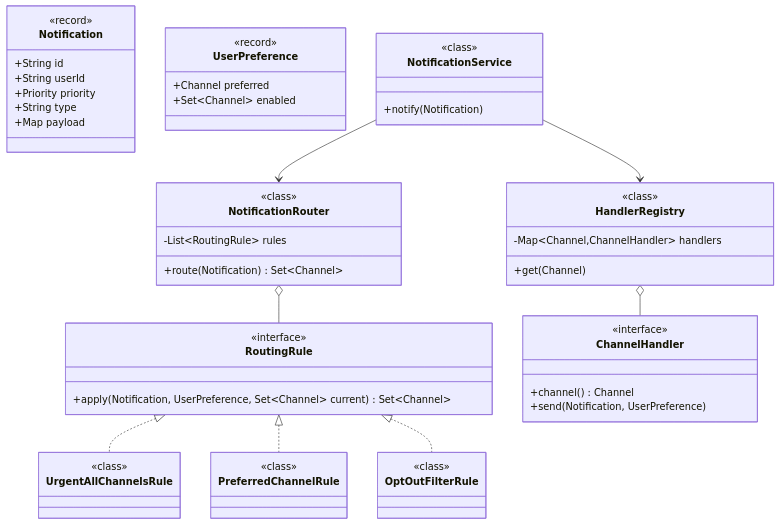
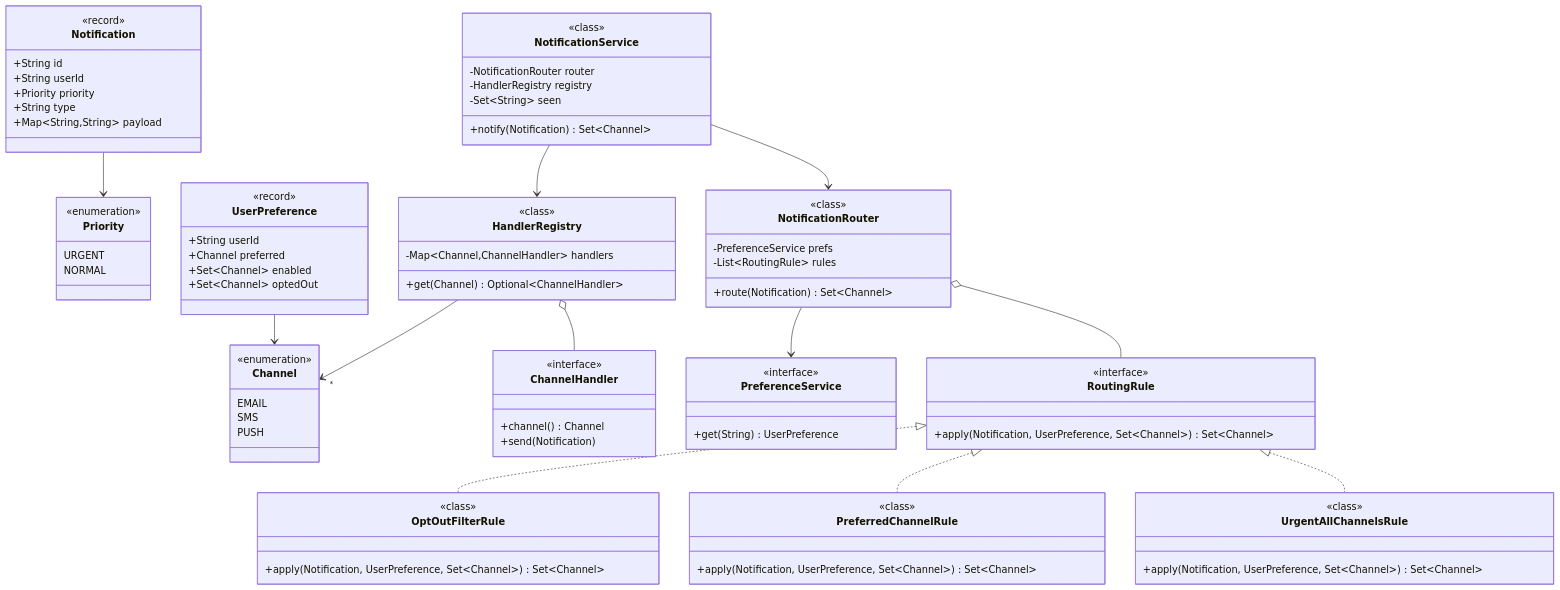
One commit to amarkum/amarkumar.guru changed the first of 2 diagrams in system-design/lld/16-notification-system.md. Above: the diagram before and after it, drawn with Mermaid. The commit also changed 27 other files, not shown here.

Commit message:
Rebuild every UML class diagram from its Java code, add a notes progress tracker, and make diagrams readable with zoom and a legend.

````diff
--- a/system-design/lld/16-notification-system.md
+++ b/system-design/lld/16-notification-system.md
@@ -38,46 +38,73 @@
 ```mermaid
 classDiagram
+    class Channel {
+      <<enumeration>>
+      EMAIL
+      SMS
+      PUSH
+    }
+    class Priority {
+      <<enumeration>>
+      URGENT
+      NORMAL
+    }
     class Notification {
       <<record>>
       +String id
       +String userId
       +Priority priority
       +String type
-      +Map payload
+      +Map~String,String~ payload
     }
     class UserPreference {
       <<record>>
+      +String userId
       +Channel preferred
       +Set~Channel~ enabled
+      +Set~Channel~ optedOut
+    }
+    class PreferenceService {
+      <<interface>>
+      +get(String) UserPreference
     }
     class RoutingRule {
       <<interface>>
-      +apply(Notification, UserPreference, Set~Channel~ current) Set~Channel~
+      +apply(Notification, UserPreference, Set~Channel~) Set~Channel~
     }
     class UrgentAllChannelsRule {
       <<class>>
+      +apply(Notification, UserPreference, Set~Channel~) Set~Channel~
     }
     class PreferredChannelRule {
       <<class>>
+      +apply(Notification, UserPreference, Set~Channel~) Set~Channel~
     }
     class OptOutFilterRule {
       <<class>>
+      +apply(Notification, UserPreference, Set~Channel~) Set~Channel~
     }
     class NotificationRouter {
+      <<class>>
+      -PreferenceService prefs
       -List~RoutingRule~ rules
       +route(Notification) Set~Channel~
     }
     class ChannelHandler {
       <<interface>>
       +channel() Channel
-      +send(Notification, UserPreference)
+      +send(Notification)
     }
     class HandlerRegistry {
+      <<class>>
       -Map~Channel,ChannelHandler~ handlers
-      +get(Channel)
+      +get(Channel) Optional~ChannelHandler~
     }
     class NotificationService {
-      +notify(Notification)
+      <<class>>
+      -NotificationRouter router
+      -HandlerRegistry registry
+      -Set~String~ seen
+      +notify(Notification) Set~Channel~
     }
     RoutingRule <|.. UrgentAllChannelsRule
     RoutingRule <|.. PreferredChannelRule
@@ -86,19 +113,8 @@
     NotificationService --> NotificationRouter
     NotificationService --> HandlerRegistry
     HandlerRegistry o-- ChannelHandler
-    class RoutingRule {
-      <<interface>>
-    }
-    class NotificationService {
-      <<class>>
-    }
-    class NotificationRouter {
-      <<class>>
-    }
-    class HandlerRegistry {
-      <<class>>
-    }
-    class ChannelHandler {
-      <<interface>>
-    }
+    Notification --> Priority
+    UserPreference --> Channel
+    NotificationRouter --> PreferenceService
+    HandlerRegistry --> "*" Channel
 ```
````
